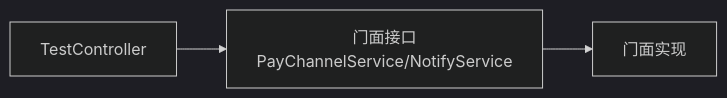
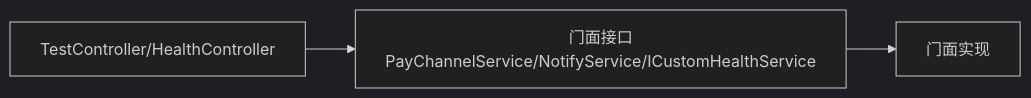
The ninth of 10 diagrams in .qoder/repowiki/zh/content/项目概述/项目结构/业务服务实现层/Web控制器.md (magicliang/domain-driven-transaction-sys), drawn with Mermaid (dark theme) before and after one commit. The commit also changed other lines of this file and 7 other files, not shown here.

````diff
--- a/.qoder/repowiki/zh/content/项目概述/项目结构/业务服务实现层/Web控制器.md
+++ b/.qoder/repowiki/zh/content/项目概述/项目结构/业务服务实现层/Web控制器.md
@@ -268,5 +325,5 @@
 ```mermaid
 graph LR
-Controller["TestController"] --> IFace["门面接口<br/>PayChannelService/NotifyService"]
+Controller["TestController/HealthController"] --> IFace["门面接口<br/>PayChannelService/NotifyService/ICustomHealthService"]
 IFace --> Impl["门面实现"]
 ```
````
